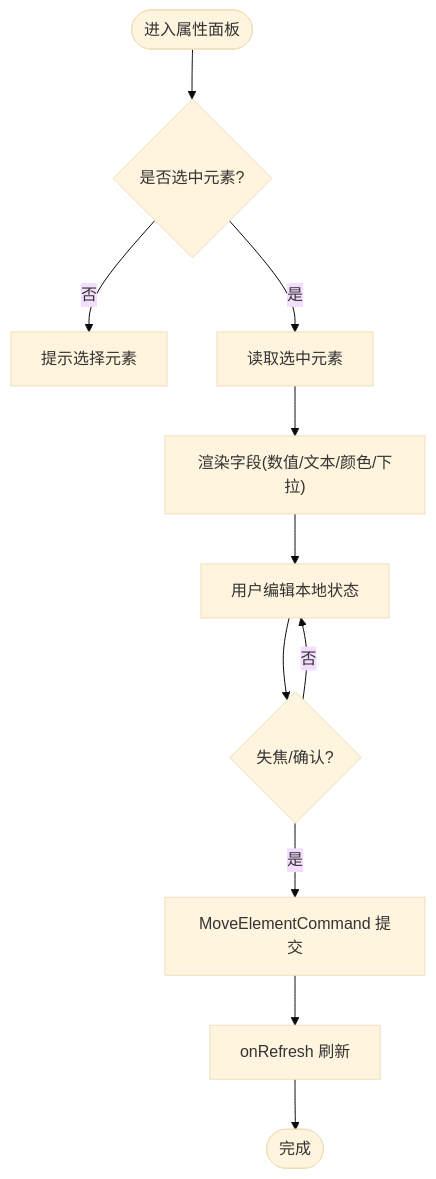
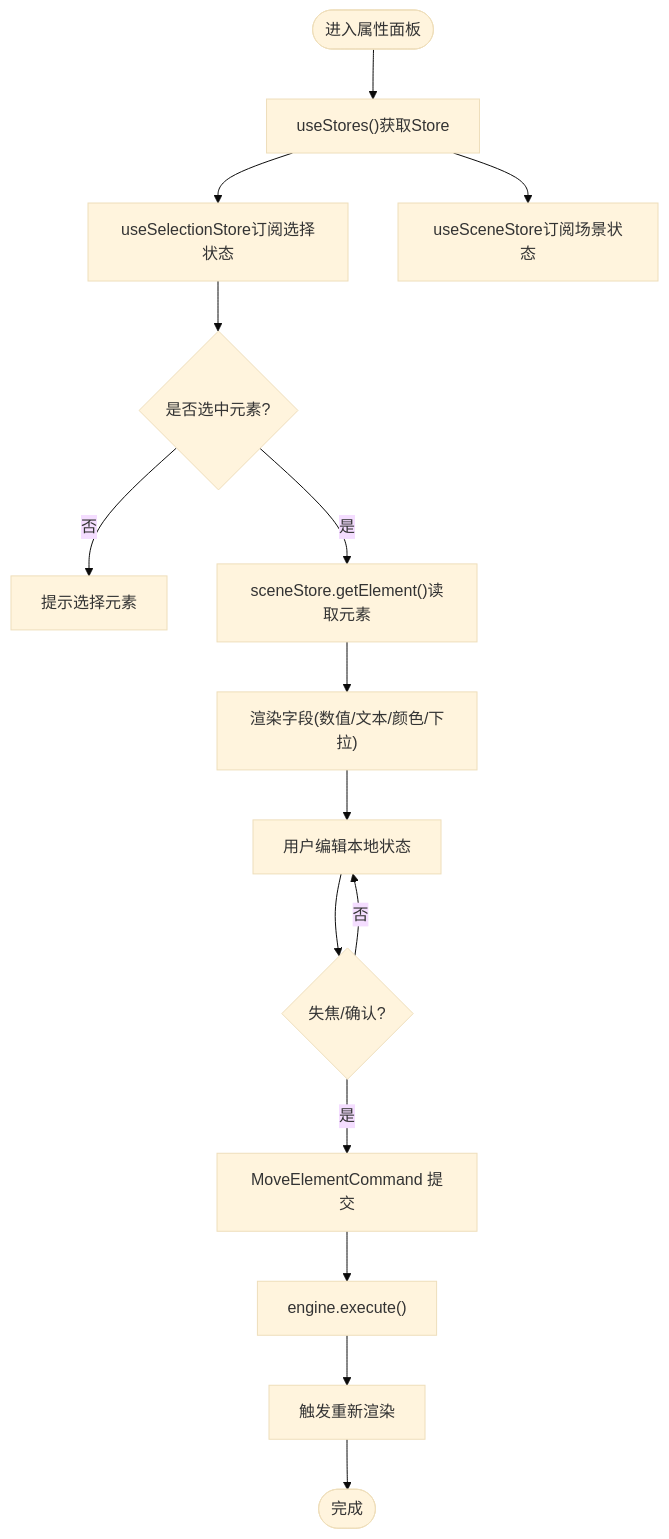
Before and after one commit to Anna0314zy/ai_editor_enginer: the sixth of 10 diagrams in .qoder/repowiki/zh/content/核心架构/组件交互.md, drawn with Mermaid (base theme). The commit also changed other lines of this file and 17 other files, not shown here.

````diff
--- a/.qoder/repowiki/zh/content/核心架构/组件交互.md
+++ b/.qoder/repowiki/zh/content/核心架构/组件交互.md
@@ -252,13 +323,17 @@
 ```mermaid
 flowchart TD
-Start(["进入属性面板"]) --> CheckSel{"是否选中元素?"}
+Start(["进入属性面板"]) --> GetStores["useStores()获取Store"]
+GetStores --> GetSelection["useSelectionStore订阅选择状态"]
+GetStores --> GetScene["useSceneStore订阅场景状态"]
+GetSelection --> CheckSel{"是否选中元素?"}
 CheckSel -- 否 --> Empty["提示选择元素"]
-CheckSel -- 是 --> LoadEl["读取选中元素"]
+CheckSel -- 是 --> LoadEl["sceneStore.getElement()读取元素"]
 LoadEl --> RenderFields["渲染字段(数值/文本/颜色/下拉)"]
 RenderFields --> Edit["用户编辑本地状态"]
 Edit --> Blur{"失焦/确认?"}
 Blur -- 否 --> Edit
 Blur -- 是 --> Commit["MoveElementCommand 提交"]
-Commit --> Refresh["onRefresh 刷新"]
+Commit --> Engine["engine.execute()"]
+Engine --> Refresh["触发重新渲染"]
 Refresh --> End(["完成"])
 ```
````
